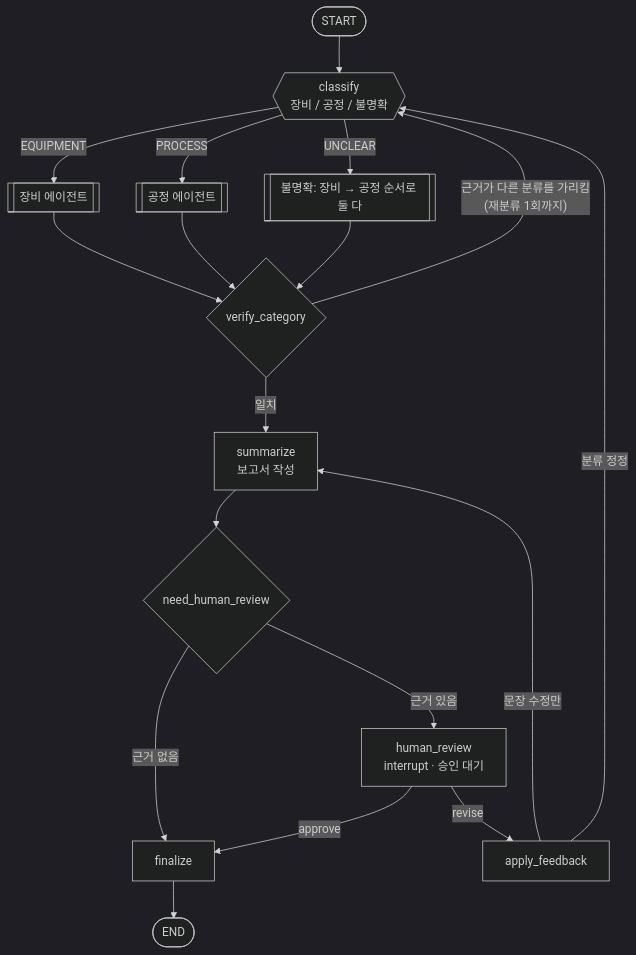
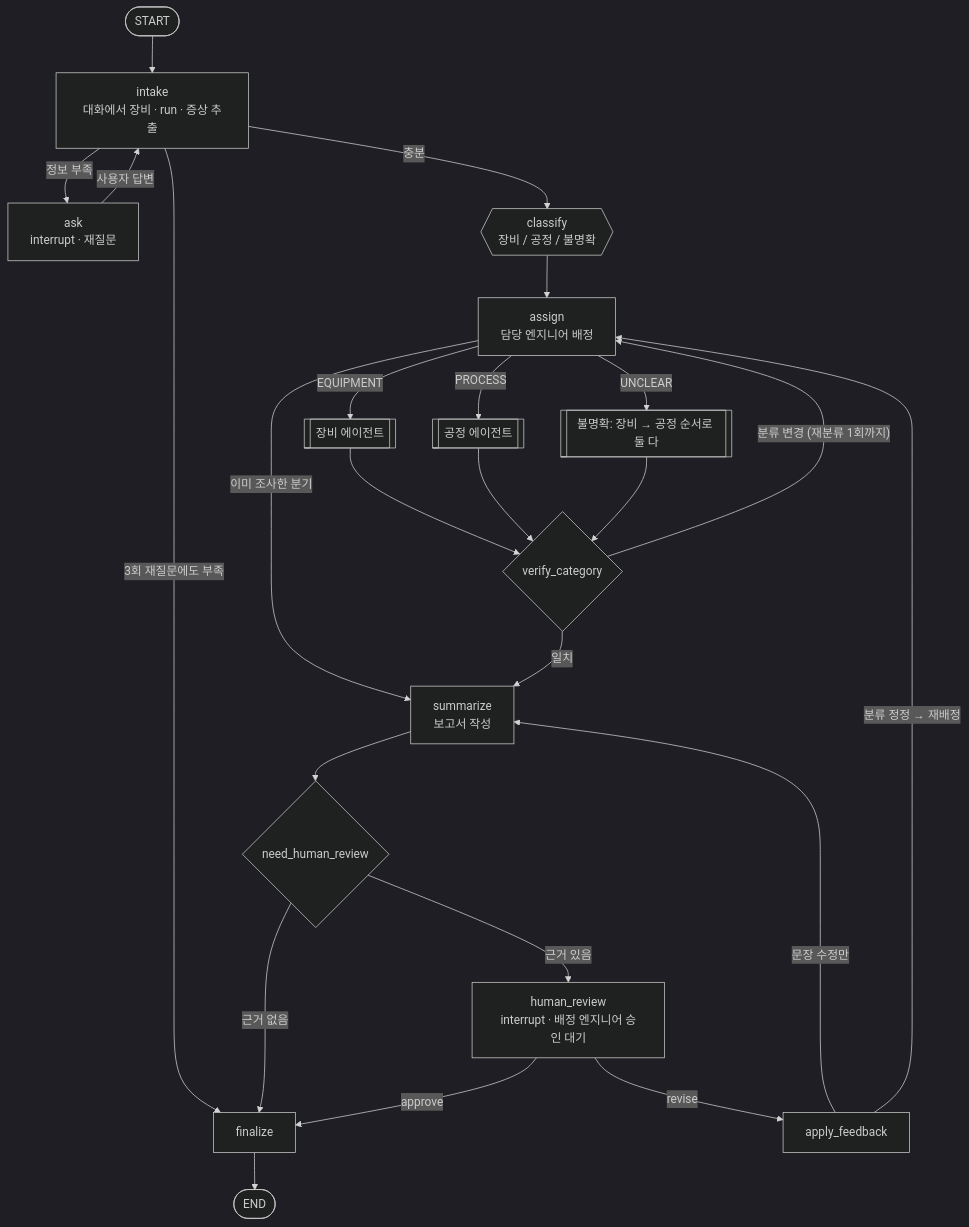
Before and after one commit to meotjin-girl/etch-trace: the first of 6 diagrams in docs/agent.md, drawn with Mermaid (dark theme). The commit also changed other lines of this file and 3 other files, not shown here.

````diff
--- a/docs/agent.md
+++ b/docs/agent.md
@@ -7,20 +7,26 @@
 ```mermaid
 flowchart TD
-  S([START]) --> C{{"classify<br/>장비 / 공정 / 불명확"}}
-  C -- EQUIPMENT --> EQ[["장비 에이전트"]]
-  C -- PROCESS --> PR[["공정 에이전트"]]
-  C -- UNCLEAR --> UN[["불명확: 장비 → 공정 순서로 둘 다"]]
+  S([START]) --> IN["intake<br/>대화에서 장비 · run · 증상 추출"]
+  IN -- 정보 부족 --> ASK["ask<br/>interrupt · 재질문"]
+  ASK -- 사용자 답변 --> IN
+  IN -- "3회 재질문에도 부족" --> F
+  IN -- 충분 --> C{{"classify<br/>장비 / 공정 / 불명확"}}
+  C --> AS["assign<br/>담당 엔지니어 배정"]
+  AS -- EQUIPMENT --> EQ[["장비 에이전트"]]
+  AS -- PROCESS --> PR[["공정 에이전트"]]
+  AS -- UNCLEAR --> UN[["불명확: 장비 → 공정 순서로 둘 다"]]
+  AS -- "이미 조사한 분기" --> SM
   EQ --> V{"verify_category"}
   PR --> V
   UN --> V
-  V -- "근거가 다른 분류를 가리킴<br/>(재분류 1회까지)" --> C
+  V -- "분류 변경 (재분류 1회까지)" --> AS
   V -- 일치 --> SM["summarize<br/>보고서 작성"]
   SM --> NR{"need_human_review"}
-  NR -- 근거 있음 --> HR["human_review<br/>interrupt · 승인 대기"]
+  NR -- 근거 있음 --> HR["human_review<br/>interrupt · 배정 엔지니어 승인 대기"]
   NR -- 근거 없음 --> F["finalize"]
   HR -- approve --> F
   HR -- revise --> AF["apply_feedback"]
   AF -- 문장 수정만 --> SM
-  AF -- "분류 정정" --> C
+  AF -- "분류 정정 → 재배정" --> AS
   F --> E([END])
 ```
````
